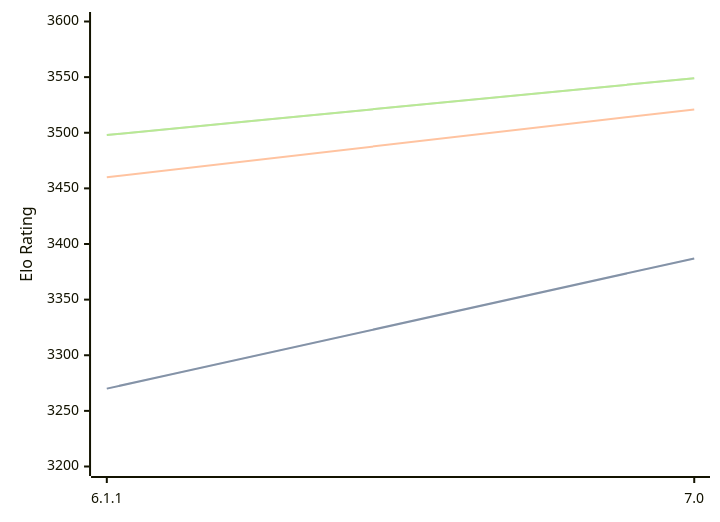
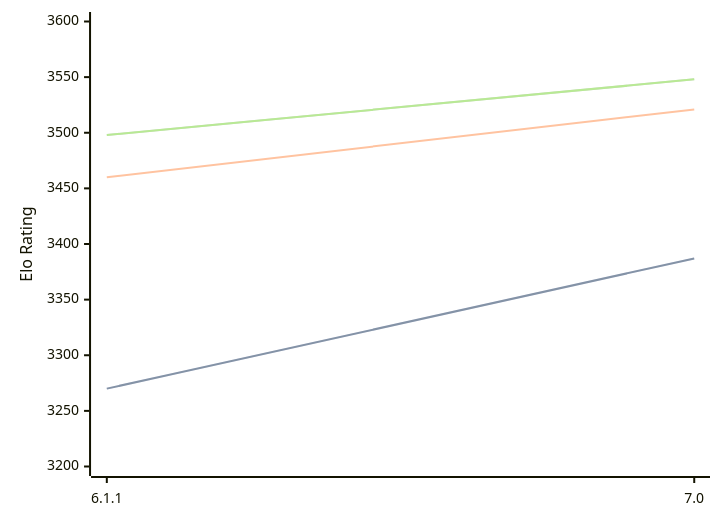
Before and after one commit to computer-chess-index/cci: the first of 3 diagrams in engines/Astra.md, drawn with Mermaid. The commit also changed other lines of this file, not shown here.

Commit message:
Update CCI Ratings (ELO VLTC) - 2026-06-27

````diff
--- a/engines/Astra.md
+++ b/engines/Astra.md
@@ -44,11 +44,11 @@
 ```mermaid
 %%{init: {"theme":"base","themeVariables":{"seriesColors:['#a3a3a3','#222221','#faa371']}}}%%
 xychart-beta
   x-axis ["6.1.1", "7.0"]
   y-axis "Elo Rating" 3200 --> 3600
   line "STC (8.0+0.08s)" [3270, 3387]
   line "STC (8.0+0.08s)" [3270, 3387]
   line "LTC (60.0+0.60s)" [3460, 3521]
-  line "VLTC (2m24s+1.12s)" [3498, 3549]
-  line "VLTC (2m24s+1.12s)" [3498, 3549]
+  line "VLTC (2m24s+1.12s)" [3498, 3548]
+  line "VLTC (2m24s+1.12s)" [3498, 3548]
 ```
````
